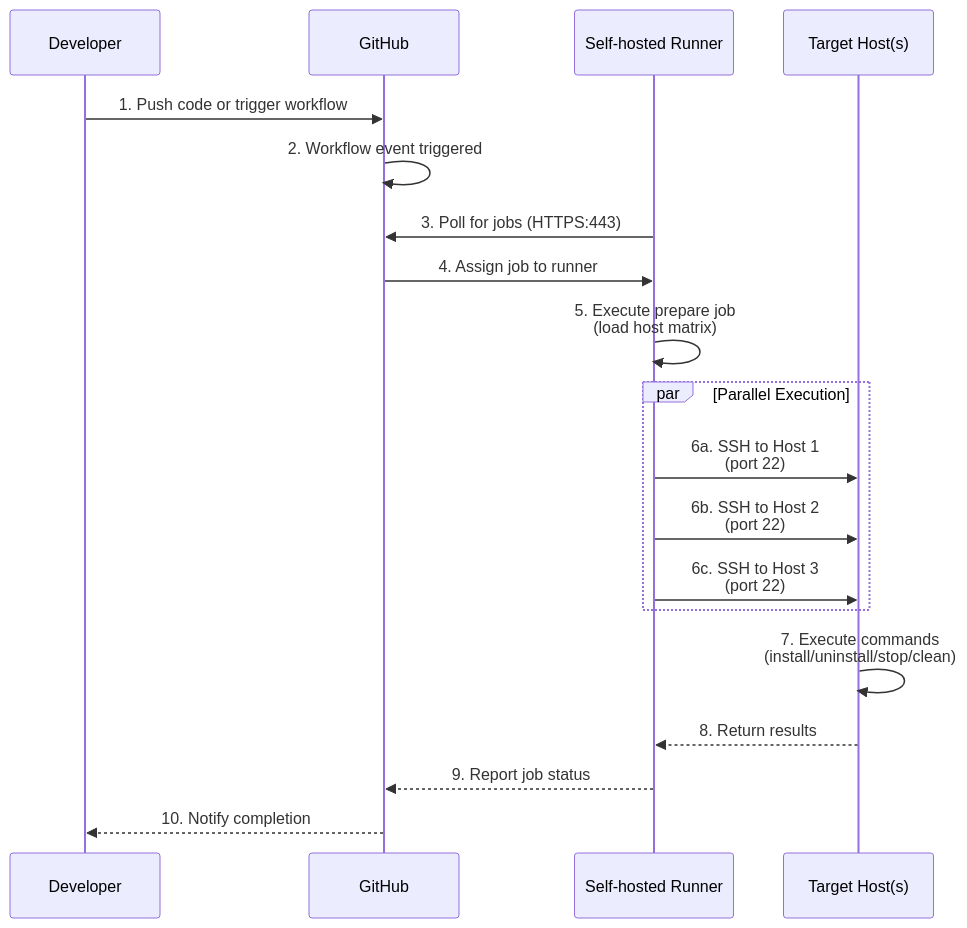
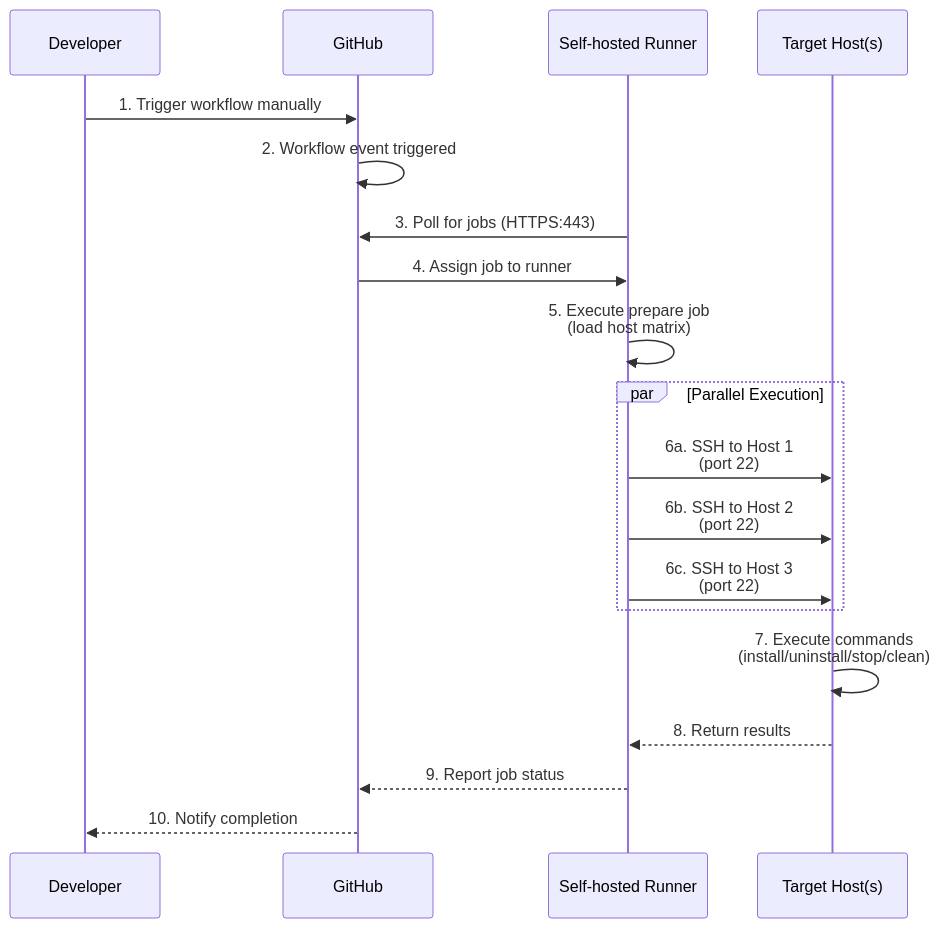
Before and after one commit to chambear2809/github-actions-lab: the second of 7 diagrams in ARCHITECTURE.md, drawn with Mermaid. The commit also changed other lines of this file and 24 other files, not shown here.

````diff
--- a/ARCHITECTURE.md
+++ b/ARCHITECTURE.md
@@ -42,24 +42,24 @@
 ```mermaid
 sequenceDiagram
     participant Dev as Developer
     participant GH as GitHub
     participant Runner as Self-hosted Runner
     participant Target as Target Host(s)
 
-    Dev->>GH: 1. Push code or trigger workflow
+    Dev->>GH: 1. Trigger workflow manually
     GH->>GH: 2. Workflow event triggered
     Runner->>GH: 3. Poll for jobs (HTTPS:443)
     GH->>Runner: 4. Assign job to runner
     Runner->>Runner: 5. Execute prepare job<br/>(load host matrix)
     
     par Parallel Execution
         Runner->>Target: 6a. SSH to Host 1<br/>(port 22)
         Runner->>Target: 6b. SSH to Host 2<br/>(port 22)
         Runner->>Target: 6c. SSH to Host 3<br/>(port 22)
     end
     
     Target->>Target: 7. Execute commands<br/>(install/uninstall/stop/clean)
     Target-->>Runner: 8. Return results
     Runner-->>GH: 9. Report job status
     GH-->>Dev: 10. Notify completion
 ```
````
